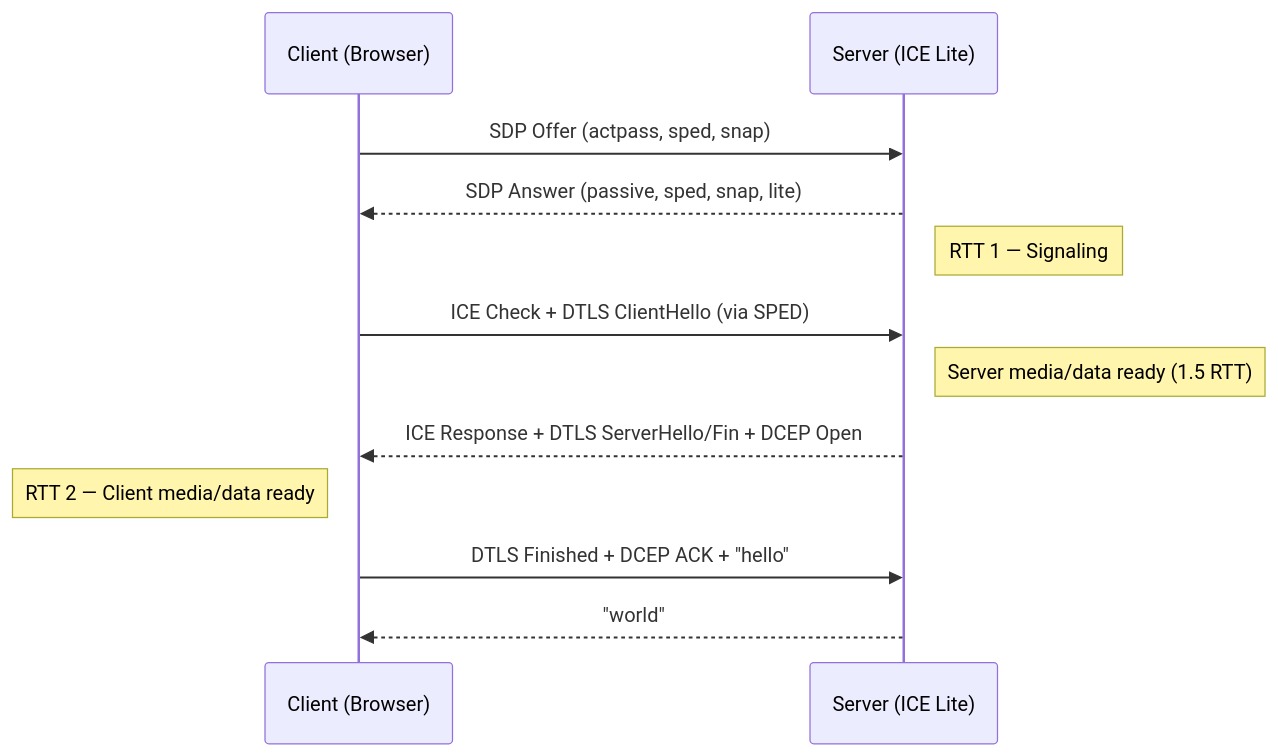
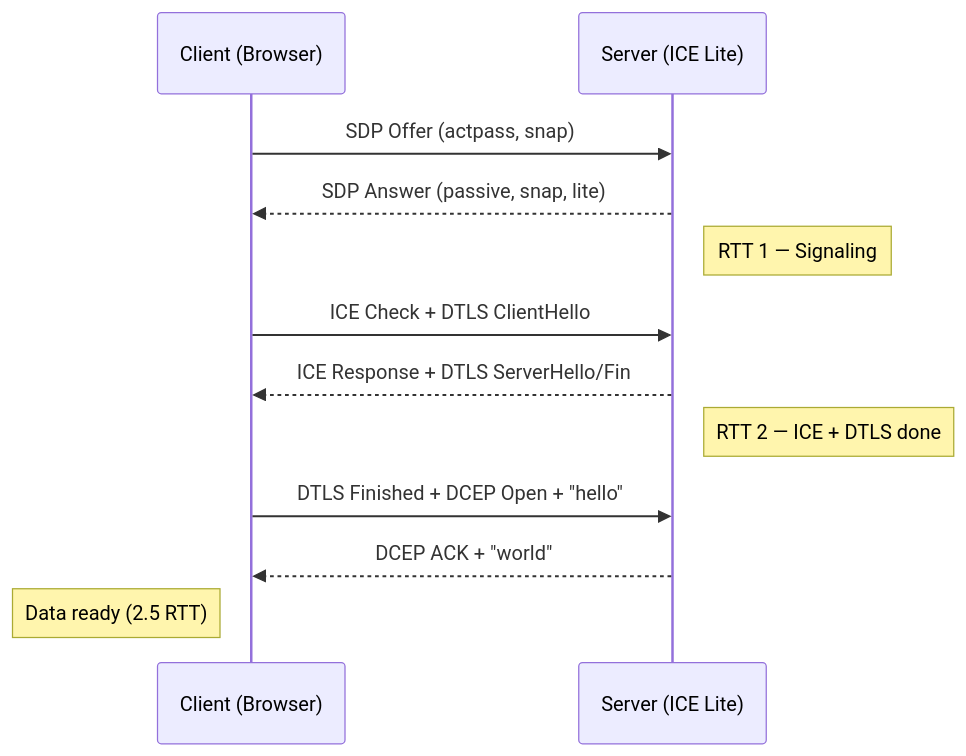
The seventh of 10 diagrams in README.md (xnorpx/str0m_browser_integration_tests), drawn with Mermaid before and after one commit. The commit also changed other lines of this file and 13 other files, not shown here.

````diff
--- a/README.md
+++ b/README.md
@@ -235,18 +234,17 @@
 ```mermaid
 sequenceDiagram
     participant C as Client (Browser)
     participant S as Server (ICE Lite)
 
-    C->>S: SDP Offer (actpass, sped, snap)
-    S-->>C: SDP Answer (passive, sped, snap, lite)
+    C->>S: SDP Offer (actpass, snap)
+    S-->>C: SDP Answer (passive, snap, lite)
     Note right of S: RTT 1 — Signaling
 
-    C->>S: ICE Check + DTLS ClientHello (via SPED)
-    Note right of S: Server media/data ready (1.5 RTT)
+    C->>S: ICE Check + DTLS ClientHello
+    S-->>C: ICE Response + DTLS ServerHello/Fin
+    Note right of S: RTT 2 — ICE + DTLS done
 
-    S-->>C: ICE Response + DTLS ServerHello/Fin + DCEP Open
-    Note left of C: RTT 2 — Client media/data ready
-
-    C->>S: DTLS Finished + DCEP ACK + "hello"
-    S-->>C: "world"
+    C->>S: DTLS Finished + DCEP Open + "hello"
+    S-->>C: DCEP ACK + "world"
+    Note left of C: Data ready (2.5 RTT)
 ```
````
